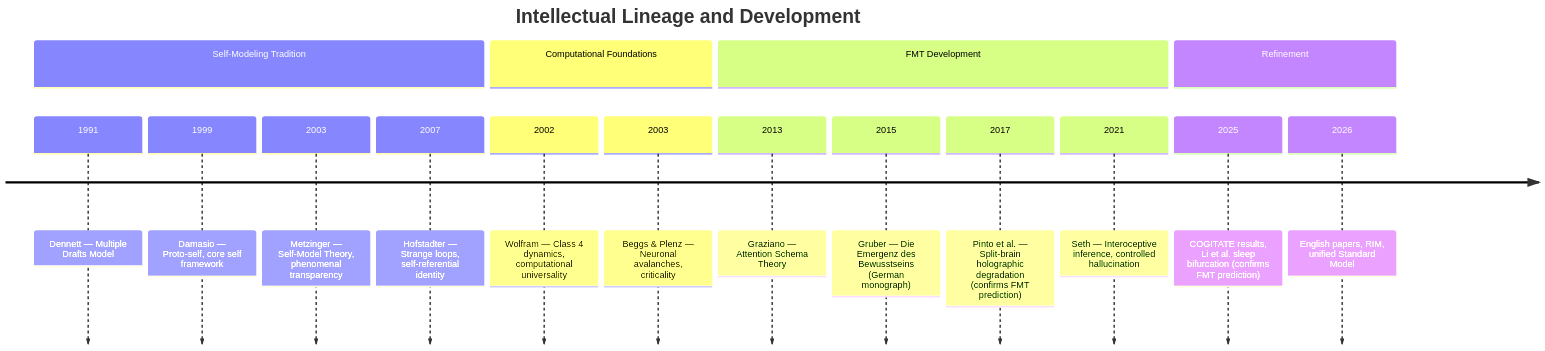
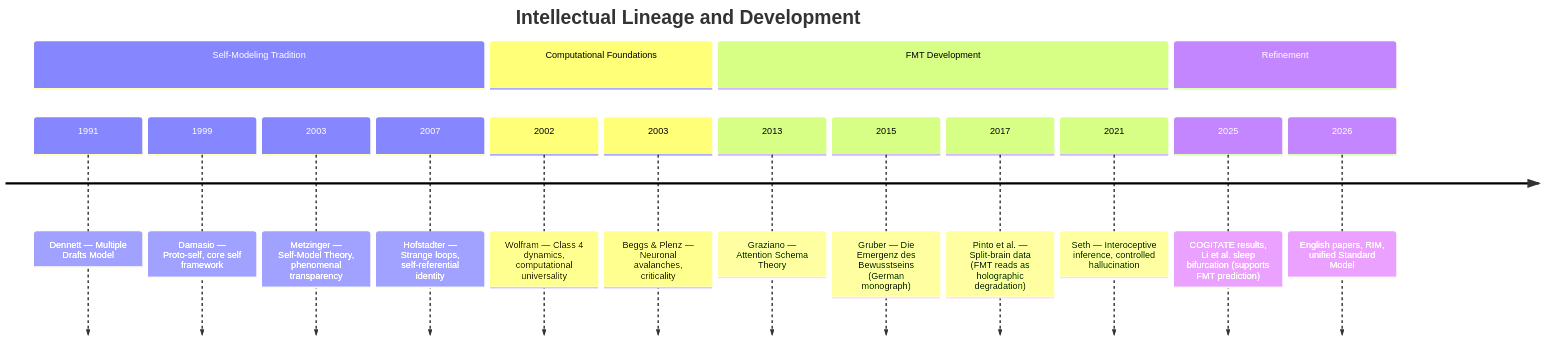
Before and after one commit to JeltzProstetnic/aIware: the diagram in wiki/foundations/historical-context.md, drawn with Mermaid. The commit also changed other lines of this file and 124 other files, not shown here.

````diff
--- a/wiki/foundations/historical-context.md
+++ b/wiki/foundations/historical-context.md
@@ -51,20 +51,20 @@
 ```mermaid
 timeline
     title Intellectual Lineage and Development
     section Self-Modeling Tradition
         1991 : Dennett — Multiple Drafts Model
         1999 : Damasio — Proto-self, core self framework
         2003 : Metzinger — Self-Model Theory, phenomenal transparency
         2007 : Hofstadter — Strange loops, self-referential identity
     section Computational Foundations
         2002 : Wolfram — Class 4 dynamics, computational universality
         2003 : Beggs & Plenz — Neuronal avalanches, criticality
     section FMT Development
         2013 : Graziano — Attention Schema Theory
         2015 : Gruber — Die Emergenz des Bewusstseins (German monograph)
-        2017 : Pinto et al. — Split-brain holographic degradation (confirms FMT prediction)
+        2017 : Pinto et al. — Split-brain data (FMT reads as holographic degradation)
         2021 : Seth — Interoceptive inference, controlled hallucination
     section Refinement
-        2025 : COGITATE results, Li et al. sleep bifurcation (confirms FMT prediction)
+        2025 : COGITATE results, Li et al. sleep bifurcation (supports FMT prediction)
         2026 : English papers, RIM, unified Standard Model
 ```
````
